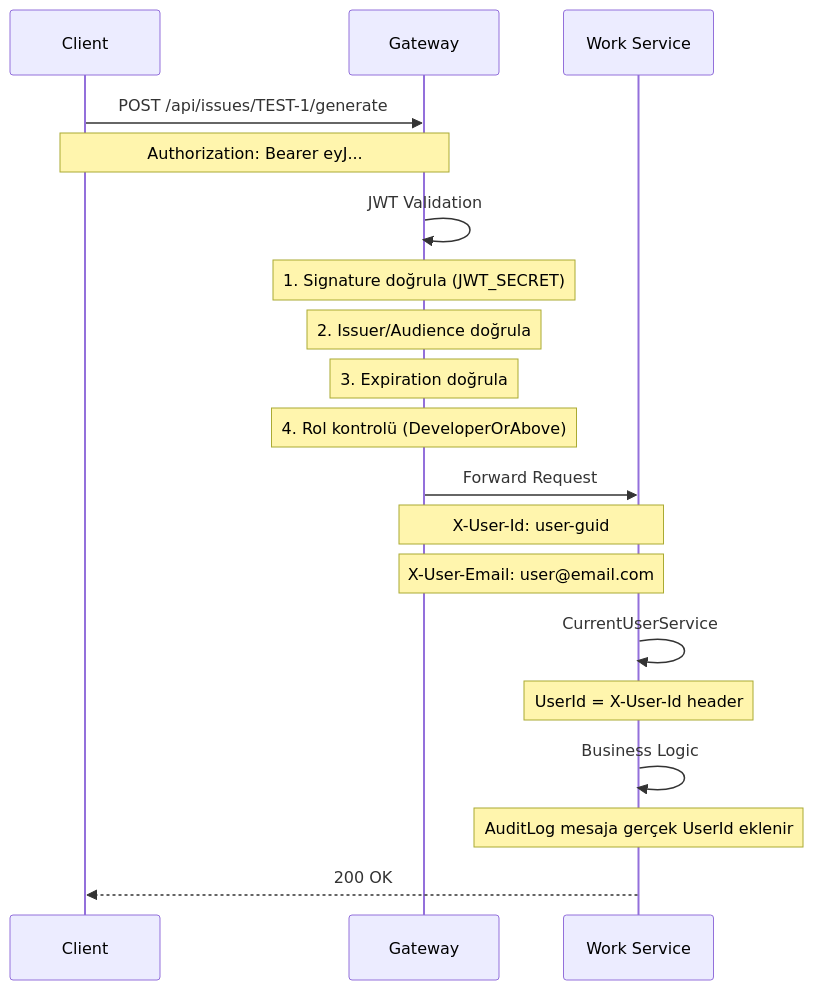
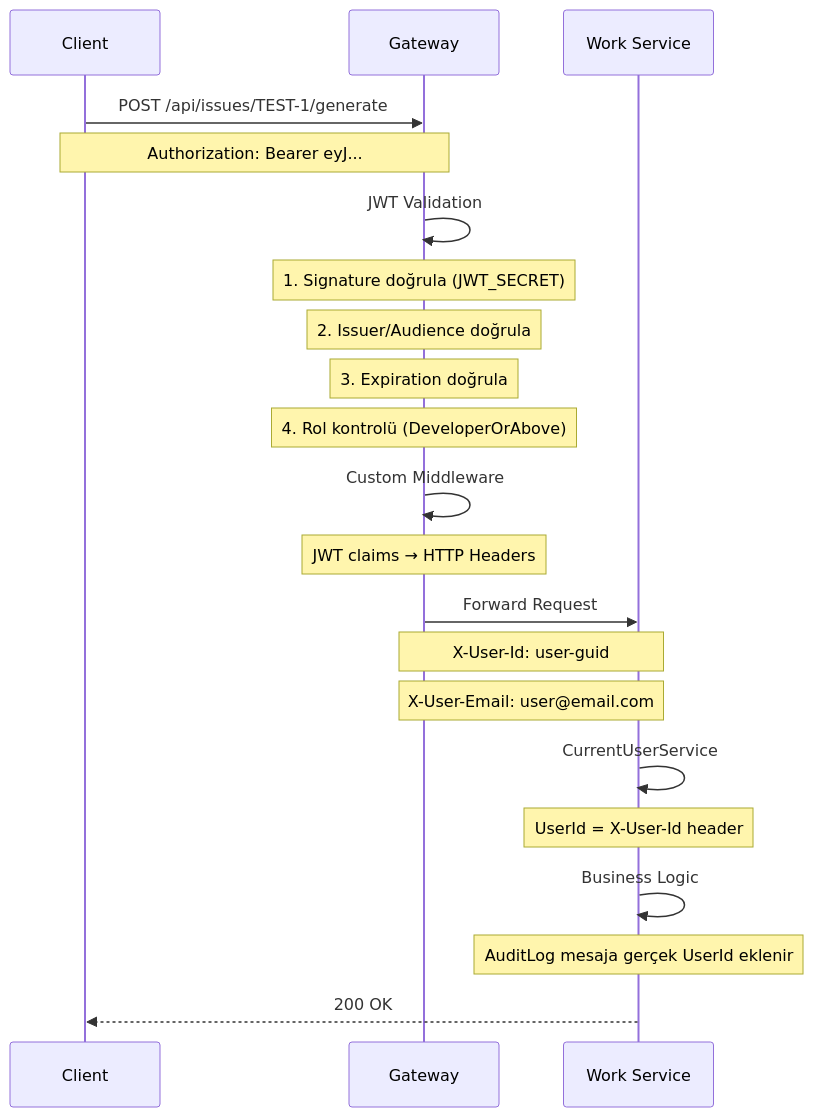
Before and after one commit to aeren23/ForgeFlow: the diagram in docs/C3-Gateway-Identity-Integration.md, drawn with Mermaid. The commit also changed other lines of this file and 330 other files, not shown here.

````diff
--- a/docs/C3-Gateway-Identity-Integration.md
+++ b/docs/C3-Gateway-Identity-Integration.md
@@ -59,27 +59,30 @@
 ```mermaid
 sequenceDiagram
     participant C as Client
     participant G as Gateway
     participant W as Work Service
     
     C->>G: POST /api/issues/TEST-1/generate
     Note over C,G: Authorization: Bearer eyJ...
     
     G->>G: JWT Validation
     Note over G: 1. Signature doğrula (JWT_SECRET)
     Note over G: 2. Issuer/Audience doğrula
     Note over G: 3. Expiration doğrula
     Note over G: 4. Rol kontrolü (DeveloperOrAbove)
     
+    G->>G: Custom Middleware
+    Note over G: JWT claims → HTTP Headers
+    
     G->>W: Forward Request
     Note over G,W: X-User-Id: user-guid
     Note over G,W: X-User-Email: user@email.com
     
     W->>W: CurrentUserService
     Note over W: UserId = X-User-Id header
     
     W->>W: Business Logic
     Note over W: AuditLog mesaja gerçek UserId eklenir
     
     W-->>C: 200 OK
 ```
````
